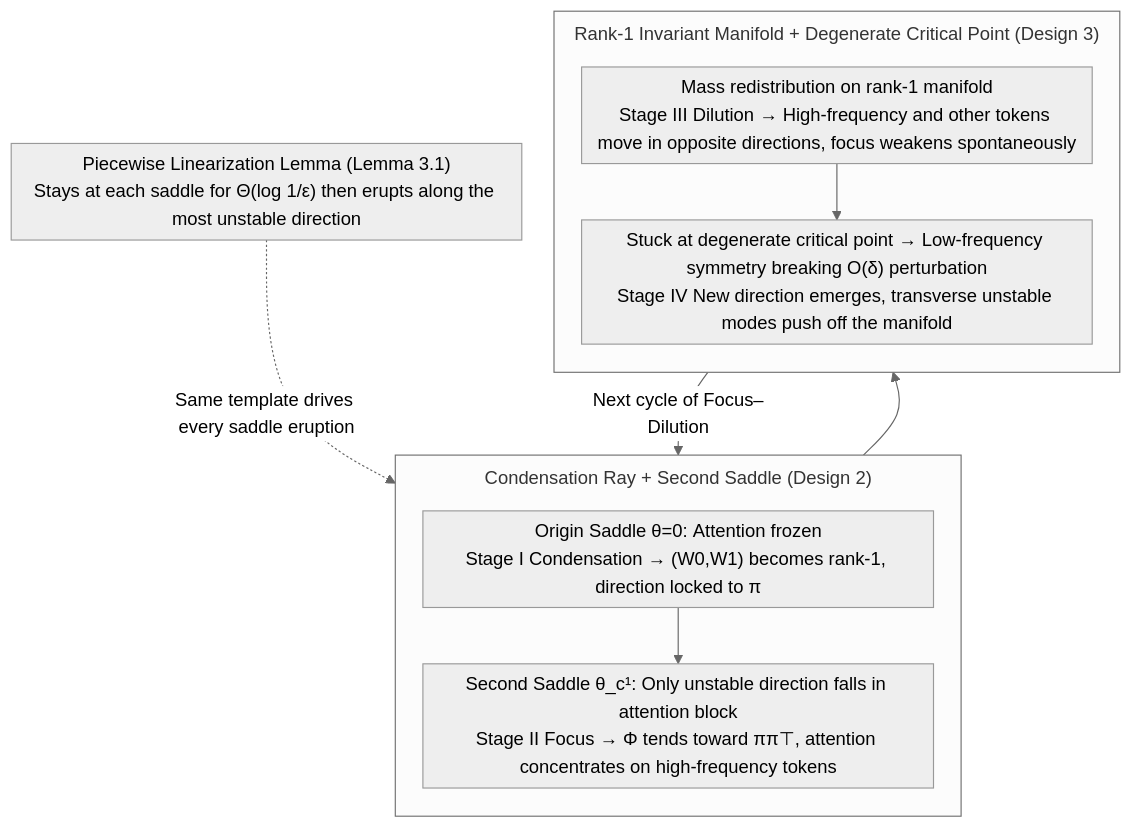
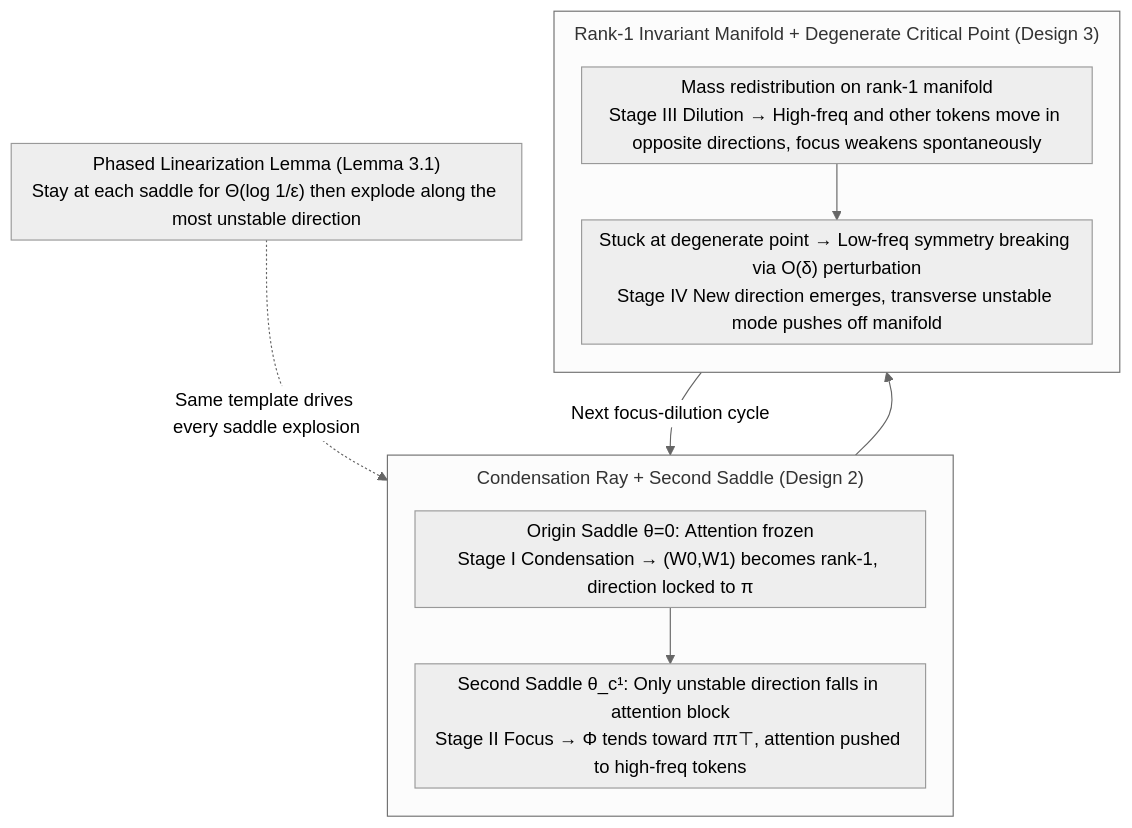
The diagram in docs/ICML2026/llm_pretraining/focus_and_dilution_the_multi-stage_learning_process_of_attention.md (zhaoyang97/Paper-Notes-en), drawn with Mermaid (neutral theme) before and after one commit. The commit also changed other lines of this file and 5084 other files, not shown here.

````diff
--- a/docs/ICML2026/llm_pretraining/focus_and_dilution_the_multi-stage_learning_process_of_attention.md
+++ b/docs/ICML2026/llm_pretraining/focus_and_dilution_the_multi-stage_learning_process_of_attention.md
@@ -41,20 +41,20 @@
 ```mermaid
 %%{init: {'flowchart': {'rankSpacing': 24, 'nodeSpacing': 28, 'padding': 6, 'wrappingWidth': 420, 'subGraphTitleMargin': {'top': 8, 'bottom': 16}}}}%%
 flowchart TD
-    L["Piecewise Linearization Lemma (Lemma 3.1)<br/>Stays at each saddle for Θ(log 1/ε) then erupts along the most unstable direction"]
+    L["Phased Linearization Lemma (Lemma 3.1)<br/>Stay at each saddle for Θ(log 1/ε) then explode along the most unstable direction"]
     subgraph G2["Condensation Ray + Second Saddle (Design 2)"]
         direction TB
         A["Origin Saddle θ=0: Attention frozen<br/>Stage I Condensation → (W0,W1) becomes rank-1, direction locked to π"]
-        C["Second Saddle θ_c¹: Only unstable direction falls in attention block<br/>Stage II Focus → Φ tends toward ππ⊤, attention concentrates on high-frequency tokens"]
+        C["Second Saddle θ_c¹: Only unstable direction falls in attention block<br/>Stage II Focus → Φ tends toward ππ⊤, attention pushed to high-freq tokens"]
         A --> C
     end
     subgraph G3["Rank-1 Invariant Manifold + Degenerate Critical Point (Design 3)"]
         direction TB
-        E["Mass redistribution on rank-1 manifold<br/>Stage III Dilution → High-frequency and other tokens move in opposite directions, focus weakens spontaneously"]
-        H["Stuck at degenerate critical point → Low-frequency symmetry breaking O(δ) perturbation<br/>Stage IV New direction emerges, transverse unstable modes push off the manifold"]
+        E["Mass redistribution on rank-1 manifold<br/>Stage III Dilution → High-freq and other tokens move in opposite directions, focus weakens spontaneously"]
+        H["Stuck at degenerate point → Low-freq symmetry breaking via O(δ) perturbation<br/>Stage IV New direction emerges, transverse unstable mode pushes off manifold"]
         E --> H
     end
-    L -.Same template drives every saddle eruption.-> A
+    L -.Same template drives every saddle explosion.-> A
     C --> E
-    H -->|"Next cycle of Focus–Dilution"| A
+    H -->|"Next focus-dilution cycle"| A
 ```
````
